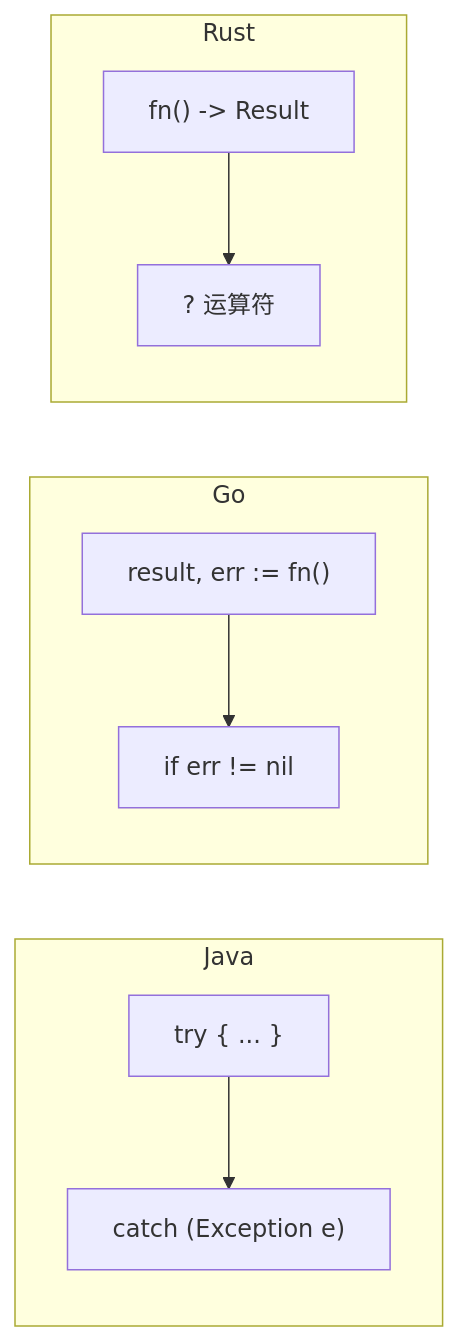
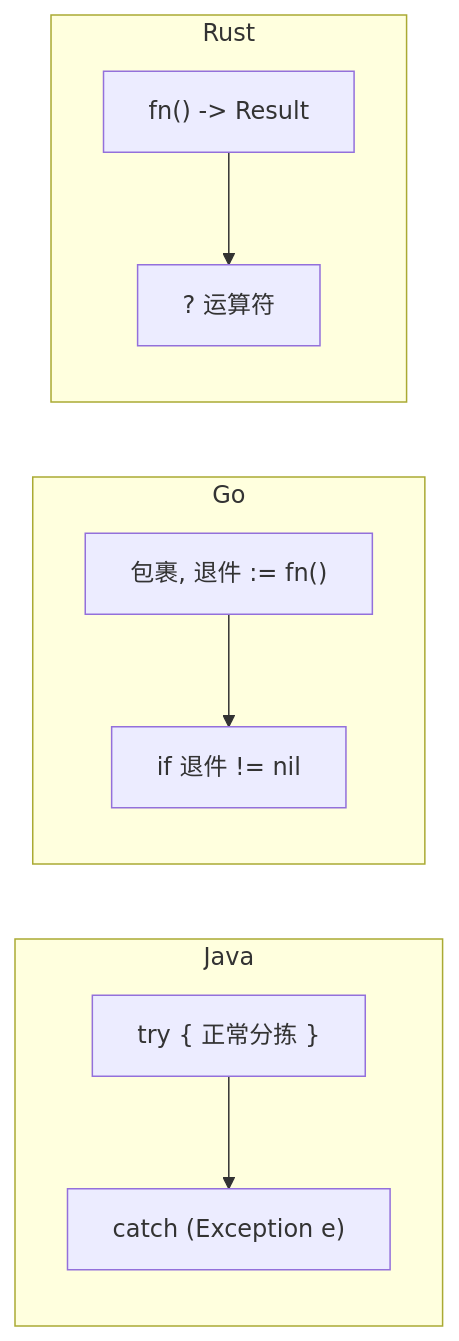
One commit to qknow-0/blog changed the second of 2 diagrams in languages/rust/error-handling.md. Above: the diagram before and after it, drawn with Mermaid. The commit also changed other lines of this file and 10 other files, not shown here.

Commit message:
docs: Rust 全系列比喻重写——搬家/停车票/背包/快递/应聘/集装箱/图书馆/公寓楼/食品质检/酒店

````diff
--- a/languages/rust/error-handling.md
+++ b/languages/rust/error-handling.md
@@ -141,12 +143,12 @@
 ```mermaid
 flowchart LR
     subgraph Java
-        J1["try { ... }"] --> J2["catch (Exception e)"]
+        J1["try { 正常分拣 }"] --> J2["catch (Exception e)"]
     end
     subgraph Go
-        G1["result, err := fn()"] --> G2["if err != nil"]
+        G1["包裹, 退件 := fn()"] --> G2["if 退件 != nil"]
     end
     subgraph Rust
         R1["fn() -> Result<T, E>"] --> R2["? 运算符"]
     end
 ```
````
